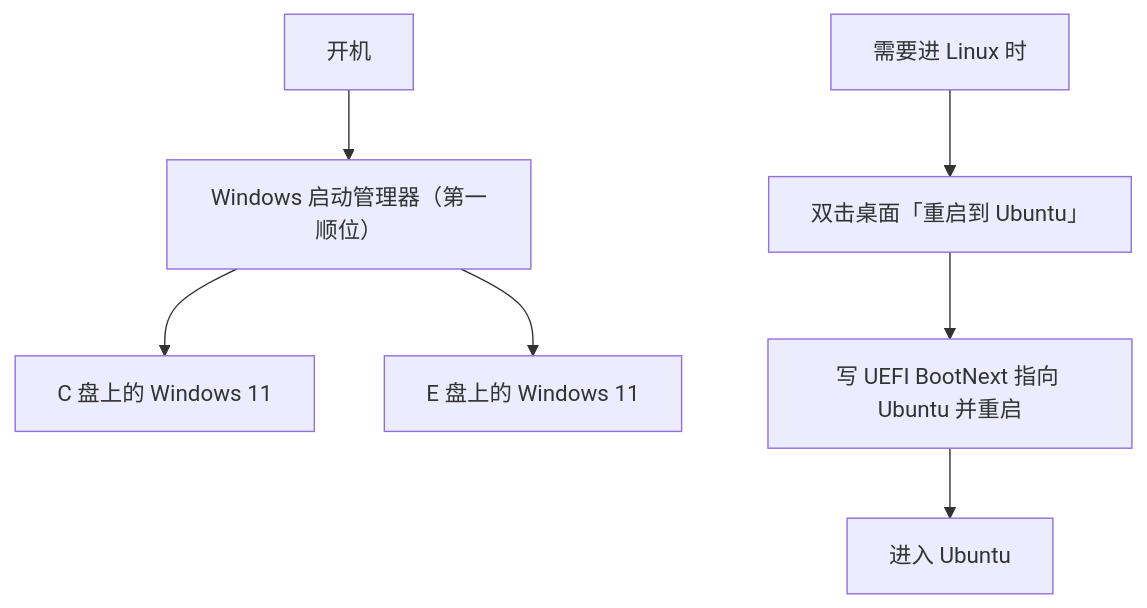
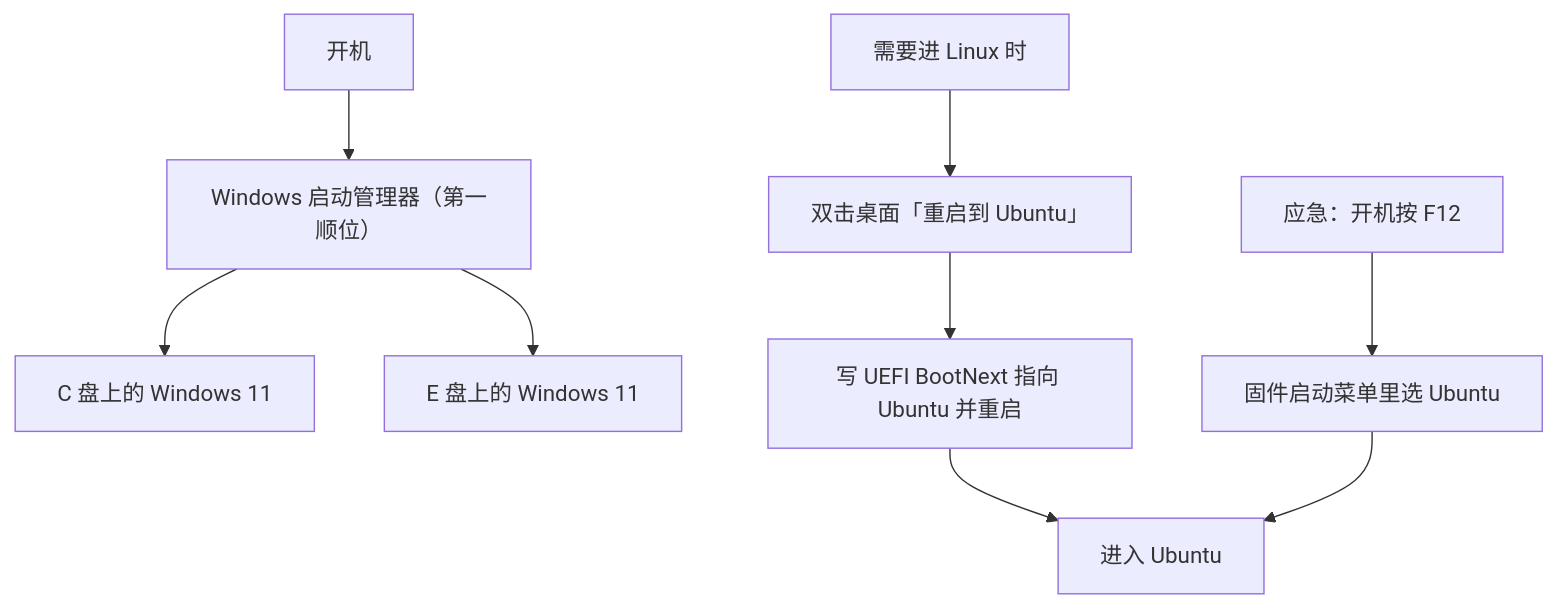
Before and after one commit to minjian123/basic-management-system: the diagram in bms文档/资料/开发机/双系统引导部署使用说明.md, drawn with Mermaid. The commit also changed other lines of this file and 5 other files, not shown here.

````diff
--- a/bms文档/资料/开发机/双系统引导部署使用说明.md
+++ b/bms文档/资料/开发机/双系统引导部署使用说明.md
@@ -258,9 +238,11 @@
 ```mermaid
 flowchart TD
     A["开机"] --> B["Windows 启动管理器（第一顺位）"]
     B --> C["C 盘上的 Windows 11"]
     B --> D["E 盘上的 Windows 11"]
     E["需要进 Linux 时"] --> F["双击桌面「重启到 Ubuntu」"]
     F --> G["写 UEFI BootNext 指向 Ubuntu 并重启"]
     G --> H["进入 Ubuntu"]
+    I["应急：开机按 F12"] --> J["固件启动菜单里选 Ubuntu"]
+    J --> H
 ```
````
